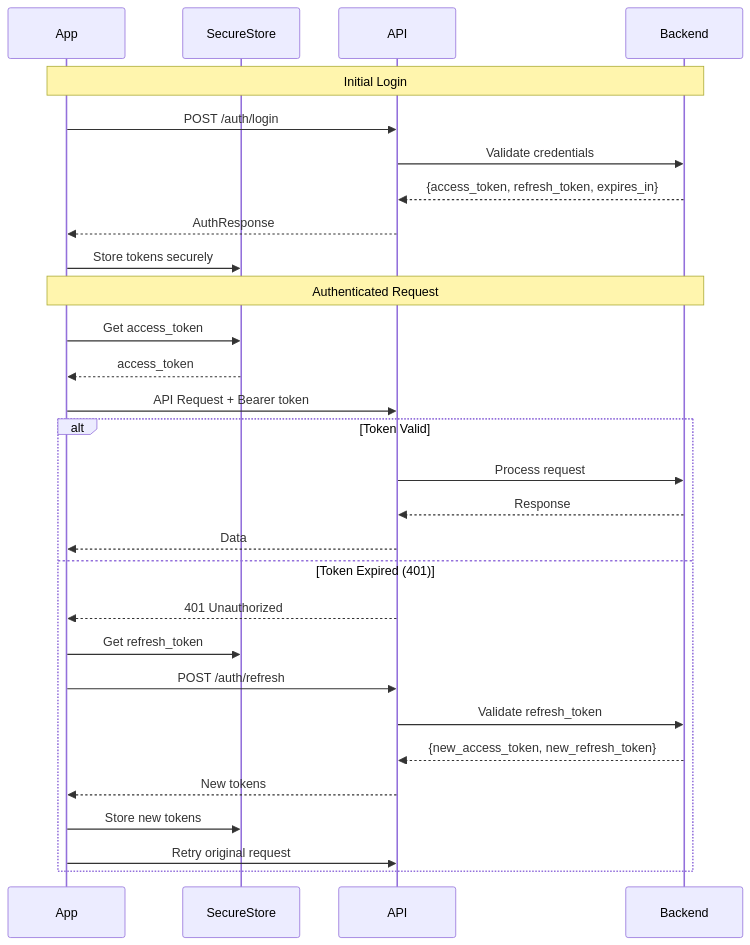
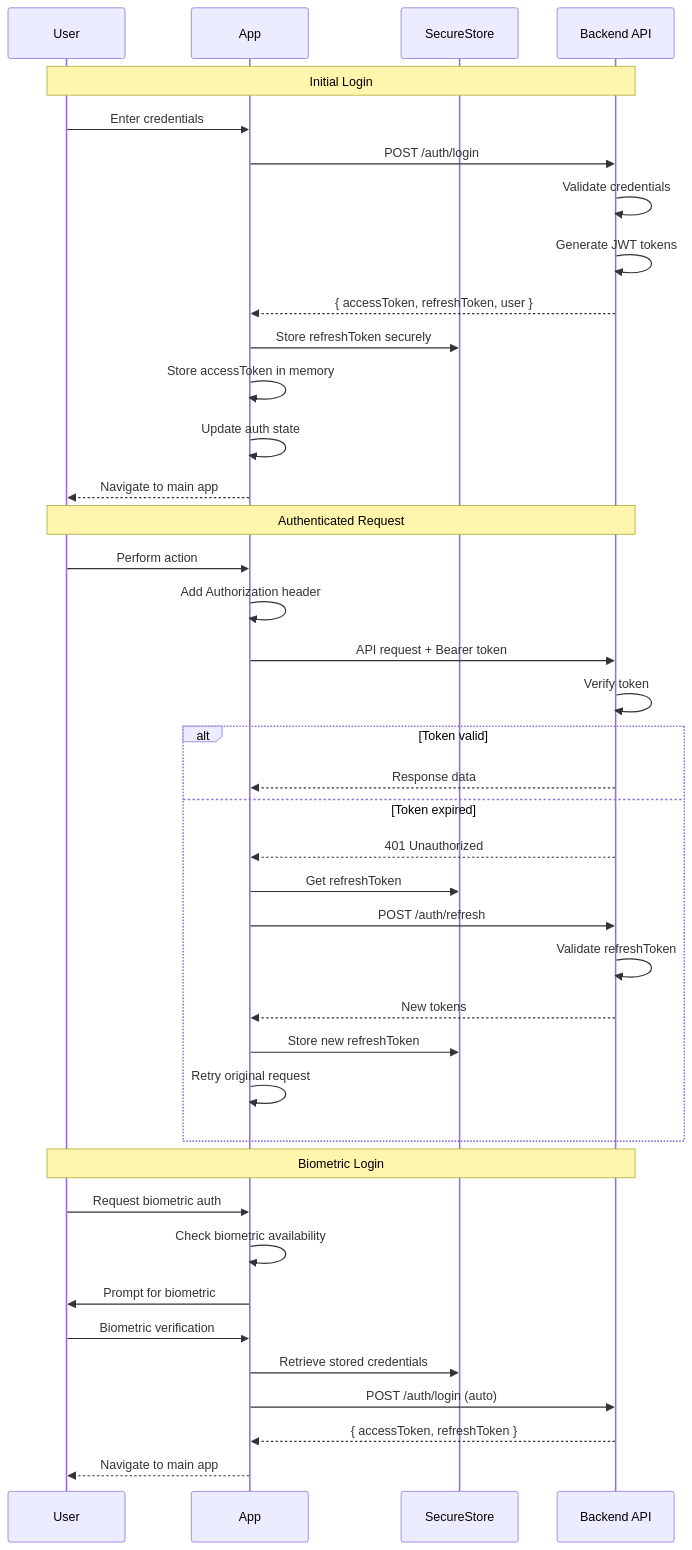
Before and after one commit to vovkins/agents-react-native-experiment: the eighth of 9 diagrams in docs/system-design.md, drawn with Mermaid. The commit also changed other lines of this file, not shown here.

````diff
--- a/docs/system-design.md
+++ b/docs/system-design.md
@@ -823,34 +1907,45 @@
 ```mermaid
 sequenceDiagram
-    participant App
-    participant SecureStore
-    participant API
-    participant Backend
+    participant U as User
+    participant A as App
+    participant S as SecureStore
+    participant API as Backend API
     
-    Note over App,Backend: Initial Login
-    App->>API: POST /auth/login
-    API->>Backend: Validate credentials
-    Backend-->>API: {access_token, refresh_token, expires_in}
-    API-->>App: AuthResponse
-    App->>SecureStore: Store tokens securely
+    Note over U,API: Initial Login
+    U->>A: Enter credentials
+    A->>API: POST /auth/login
+    API->>API: Validate credentials
+    API->>API: Generate JWT tokens
+    API-->>A: { accessToken, refreshToken, user }
+    A->>S: Store refreshToken securely
+    A->>A: Store accessToken in memory
+    A->>A: Update auth state
+    A-->>U: Navigate to main app
     
-    Note over App,Backend: Authenticated Request
-    App->>SecureStore: Get access_token
-    SecureStore-->>App: access_token
-    App->>API: API Request + Bearer token
+    Note over U,API: Authenticated Request
+    U->>A: Perform action
+    A->>A: Add Authorization header
+    A->>API: API request + Bearer token
+    API->>API: Verify token
+    alt Token valid
+        API-->>A: Response data
+    else Token expired
+        API-->>A: 401 Unauthorized
+        A->>S: Get refreshToken
+        A->>API: POST /auth/refresh
+        API->>API: Validate refreshToken
+        API-->>A: New tokens
+        A->>S: Store new refreshToken
+        A->>A: Retry original request
+    end
     
-    alt Token Valid
-        API->>Backend: Process request
-        Backend-->>API: Response
-        API-->>App: Data
-    else Token Expired (401)
-        API-->>App: 401 Unauthorized
-        App->>SecureStore: Get refresh_token
-        App->>API: POST /auth/refresh
-        API->>Backend: Validate refresh_token
-        Backend-->>API: {new_access_token, new_refresh_token}
-        API-->>App: New tokens
-        App->>SecureStore: Store new tokens
-        App->>API: Retry original request
-    end
+    Note over U,API: Biometric Login
+    U->>A: Request biometric auth
+    A->>A: Check biometric availability
+    A->>U: Prompt for biometric
+    U->>A: Biometric verification
+    A->>S: Retrieve stored credentials
+    A->>API: POST /auth/login (auto)
+    API-->>A: { accessToken, refreshToken }
+    A-->>U: Navigate to main app
 ```
````
